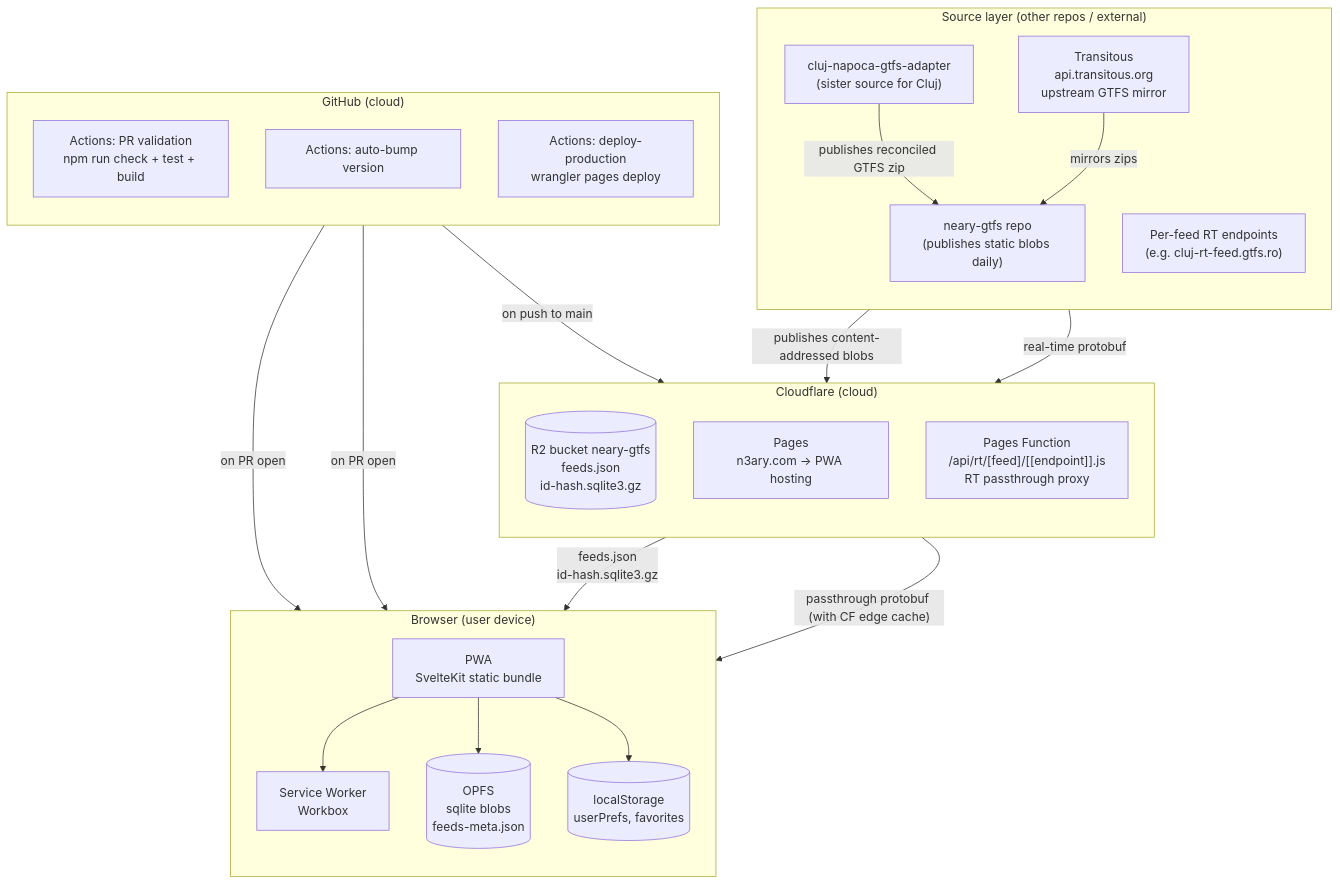
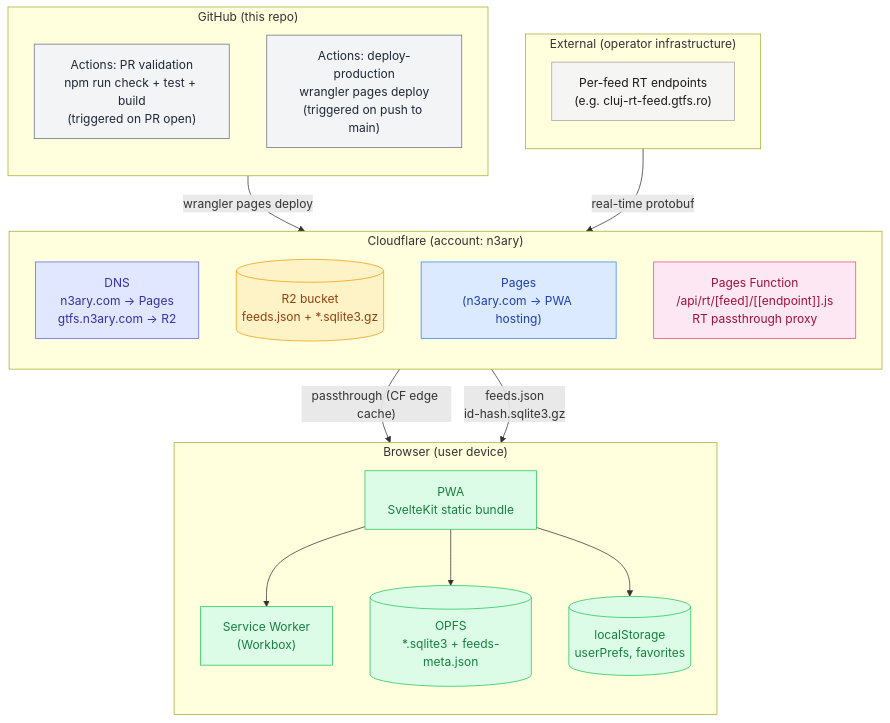
Before and after one commit to n3ary/app: the diagram in docs/architecture/infrastructure.md, drawn with Mermaid. The commit also changed other lines of this file and 1 other file, not shown here.

First paragraph of the commit message:
docs(architecture): drop upstream repos from infra diagram + color CF pieces (#164)
* docs(architecture): drop upstream repos from neary infra diagram + color CF pieces

````diff
--- a/docs/architecture/infrastructure.md
+++ b/docs/architecture/infrastructure.md
@@ -14,48 +14,48 @@
 ```mermaid
 flowchart TB
-  subgraph Sources["Source layer (other repos / external)"]
+  subgraph External["External (operator infrastructure)"]
     direction TB
-    neary_gtfs["neary-gtfs repo<br/>(publishes static blobs daily)"]
-    cluj_adapter["cluj-napoca-gtfs-adapter<br/>(sister source for Cluj)"]
-    transitous["Transitous<br/>api.transitous.org<br/>upstream GTFS mirror"]
-    operator_rt["Per-feed RT endpoints<br/>(e.g. cluj-rt-feed.gtfs.ro)"]
+    rt["Per-feed RT endpoints<br/>(e.g. cluj-rt-feed.gtfs.ro)"]:::external
   end
 
-  subgraph Cloudflare["Cloudflare (cloud)"]
+  subgraph Cloudflare["Cloudflare (account: n3ary)"]
     direction TB
-    r2[("R2 bucket neary-gtfs<br/>feeds.json<br/>id-hash.sqlite3.gz")]
-    pages["Pages<br/>n3ary.com → PWA hosting"]
-    pages_fn["Pages Function<br/>/api/rt/[feed]/[[endpoint]].js<br/>RT passthrough proxy"]
+    dns["DNS<br/>n3ary.com → Pages<br/>gtfs.n3ary.com → R2"]:::dns
+    r2[("R2 bucket<br/>feeds.json + *.sqlite3.gz")]:::r2
+    pages["Pages<br/>(n3ary.com → PWA hosting)"]:::pages
+    pages_fn["Pages Function<br/>/api/rt/[feed]/[[endpoint]].js<br/>RT passthrough proxy"]:::pagesfn
   end
 
-  subgraph GitHub["GitHub (cloud)"]
+  subgraph GitHub["GitHub (this repo)"]
     direction TB
-    gh_pr["Actions: PR validation<br/>npm run check + test + build"]
-    gh_bump["Actions: auto-bump version"]
-    gh_deploy["Actions: deploy-production<br/>wrangler pages deploy"]
+    gh_pr["Actions: PR validation<br/>npm run check + test + build<br/>(triggered on PR open)"]:::gh
+    gh_deploy["Actions: deploy-production<br/>wrangler pages deploy<br/>(triggered on push to main)"]:::gh
   end
 
   subgraph Browser["Browser (user device)"]
     direction TB
-    pwa["PWA<br/>SvelteKit static bundle"]
-    sw["Service Worker<br/>Workbox"]
-    opfs[("OPFS<br/>sqlite blobs<br/>feeds-meta.json")]
-    localstorage[("localStorage<br/>userPrefs, favorites")]
+    pwa["PWA<br/>SvelteKit static bundle"]:::browser
+    sw["Service Worker<br/>(Workbox)"]:::browser
+    opfs[("OPFS<br/>*.sqlite3 + feeds-meta.json")]:::browser
+    localstorage[("localStorage<br/>userPrefs, favorites")]:::browser
   end
 
-  neary_gtfs -->|"publishes content-addressed blobs"| r2
-  cluj_adapter -->|"publishes reconciled GTFS zip"| neary_gtfs
-  transitous -->|"mirrors zips"| neary_gtfs
-  operator_rt -->|"real-time protobuf"| pages_fn
+  rt -->|"real-time protobuf"| pages_fn
+  pages_fn -->|"passthrough (CF edge cache)"| pwa
 
   r2 -->|"feeds.json<br/>id-hash.sqlite3.gz"| pwa
-  pages_fn -->|"passthrough protobuf (with CF edge cache)"| pwa
+
+  gh_deploy -->|"wrangler pages deploy"| pages
 
   pwa --> sw
   pwa --> opfs
   pwa --> localstorage
 
-  gh_pr -->|"on PR open"| pwa
-  gh_bump -->|"on PR open"| pwa
-  gh_deploy -->|"on push to main"| pages
+  classDef external fill:#f5f5f4,stroke:#a8a29e,color:#1c1917
+  classDef r2 fill:#fef3c7,stroke:#f59e0b,color:#92400e
+  classDef dns fill:#e0e7ff,stroke:#6366f1,color:#3730a3
+  classDef pages fill:#dbeafe,stroke:#3b82f6,color:#1e40af
+  classDef pagesfn fill:#fce7f3,stroke:#ec4899,color:#9f1239
+  classDef gh fill:#f3f4f6,stroke:#6b7280,color:#1f2937
+  classDef browser fill:#dcfce7,stroke:#22c55e,color:#15803d
 ```
````
